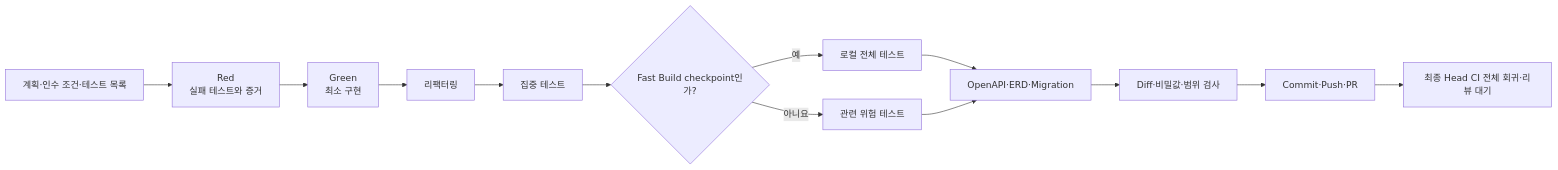
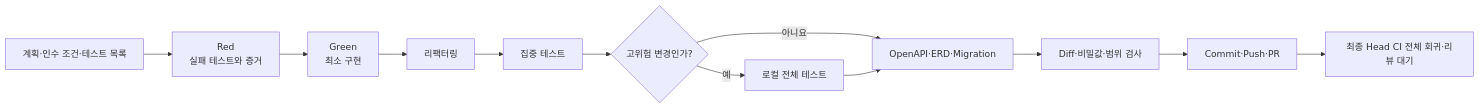
The third of 6 diagrams in docs/workflow/AGENT_WORKFLOW_GUIDE.md (OpenSeedDev/openseed-be), drawn with Mermaid before and after one commit. The commit also changed other lines of this file and 15 other files, not shown here.

Commit message:
chore: 병렬 수직 슬라이스 워크플로우 복원

````diff
--- a/docs/workflow/AGENT_WORKFLOW_GUIDE.md
+++ b/docs/workflow/AGENT_WORKFLOW_GUIDE.md
@@ -141,15 +137,14 @@
 ```mermaid
 flowchart LR
   P["계획·인수 조건·테스트 목록"] --> R["Red<br/>실패 테스트와 증거"]
   R --> G["Green<br/>최소 구현"]
   G --> RF["리팩터링"]
   RF --> FT["집중 테스트"]
-  FT --> RISK{"Fast Build checkpoint인가?"}
+  FT --> RISK{"고위험 변경인가?"}
   RISK -- "예" --> AT["로컬 전체 테스트"]
-  RISK -- "아니요" --> RT["관련 위험 테스트"]
-  AT --> DOC["OpenAPI·ERD·Migration"]
-  RT --> DOC
+  RISK -- "아니요" --> DOC["OpenAPI·ERD·Migration"]
+  AT --> DOC
   DOC --> DIFF["Diff·비밀값·범위 검사"]
   DIFF --> PR["Commit·Push·PR"]
   PR --> CI["최종 Head CI 전체 회귀·리뷰 대기"]
 ```
````
